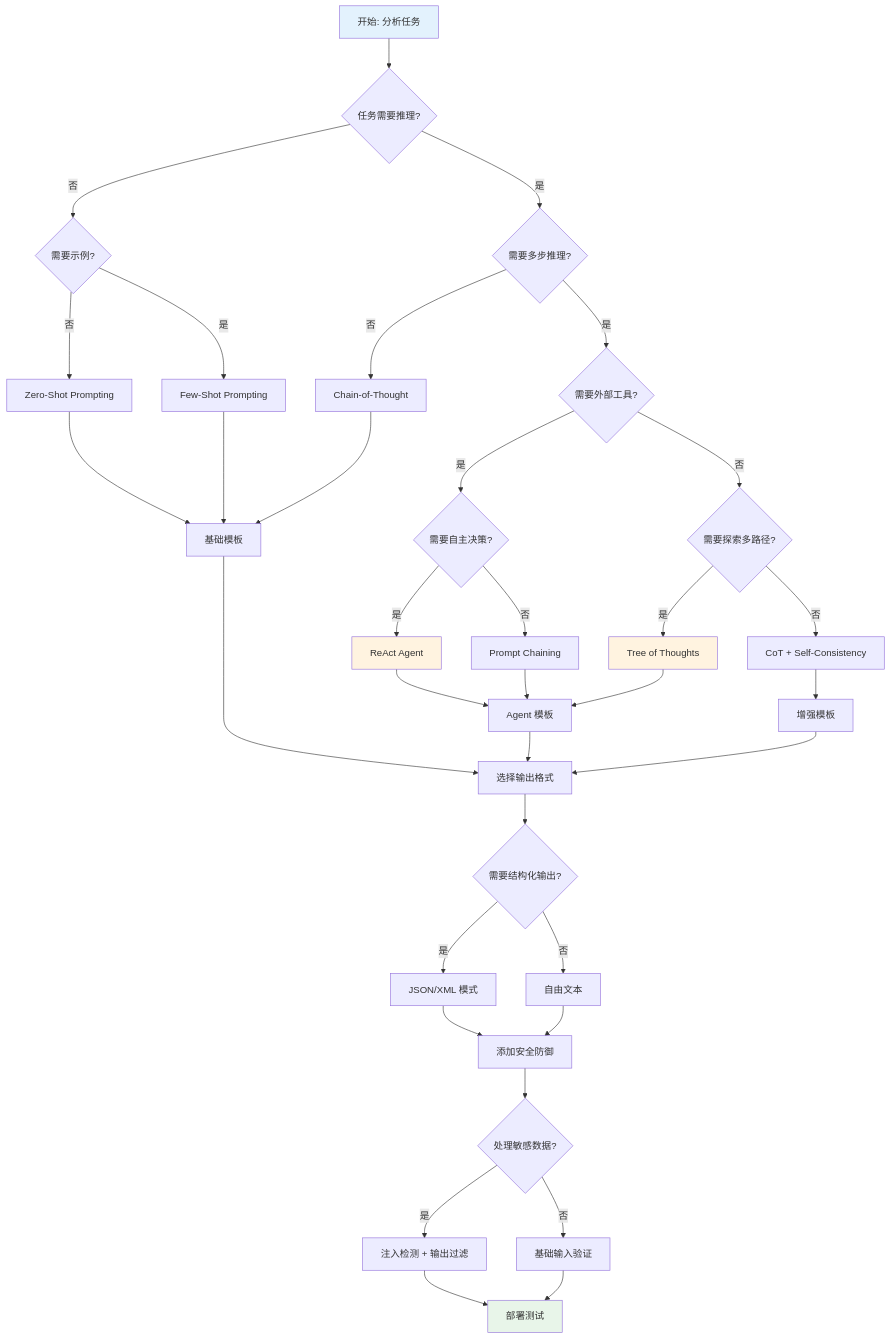
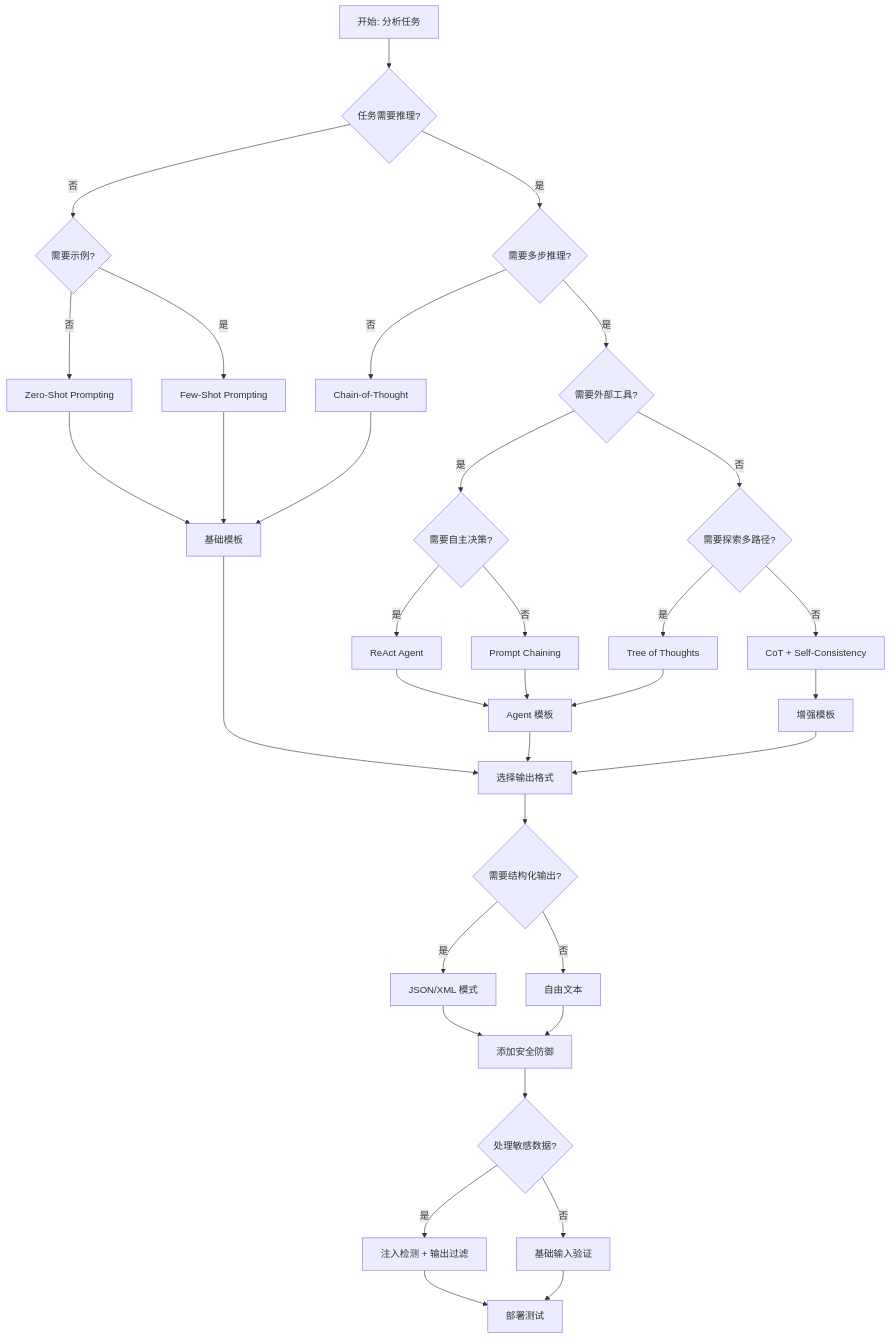
Before and after one commit to yuexiaoliang/prompt-engineering-learning: the first of 3 diagrams in 12-cheatsheet-zh.md, drawn with Mermaid. The commit also changed 3 other files, not shown here.

First line of the commit message:
fix(prompt-engineering): remove remaining hardcoded mermaid fill styles

````diff
--- a/12-cheatsheet-zh.md
+++ b/12-cheatsheet-zh.md
@@ -22,53 +22,49 @@
 ```mermaid
 flowchart TD
     A[开始: 分析任务] --> B{任务需要推理?}
 
     B -->|否| C{需要示例?}
     B -->|是| D{需要多步推理?}
 
     C -->|否| E[Zero-Shot Prompting]
     C -->|是| F[Few-Shot Prompting]
 
     D -->|否| G[Chain-of-Thought]
     D -->|是| H{需要外部工具?}
 
     H -->|是| I{需要自主决策?}
     H -->|否| J{需要探索多路径?}
 
     I -->|是| K[ReAct Agent]
     I -->|否| L[Prompt Chaining]
 
     J -->|是| M[Tree of Thoughts]
     J -->|否| N[CoT + Self-Consistency]
 
     E --> O[基础模板]
     F --> O
     G --> O
     K --> P[Agent 模板]
     L --> P
     M --> P
     N --> Q[增强模板]
 
     O --> R[选择输出格式]
     P --> R
     Q --> R
 
     R --> S{需要结构化输出?}
     S -->|是| T[JSON/XML 模式]
     S -->|否| U[自由文本]
 
     T --> V[添加安全防御]
     U --> V
 
     V --> W{处理敏感数据?}
     W -->|是| X[注入检测 + 输出过滤]
     W -->|否| Y[基础输入验证]
 
     X --> Z[部署测试]
     Y --> Z
 
-    style A fill:#e3f2fd
-    style Z fill:#e8f5e9
-    style K fill:#fff3e0
-    style M fill:#fff3e0
 ```
````
